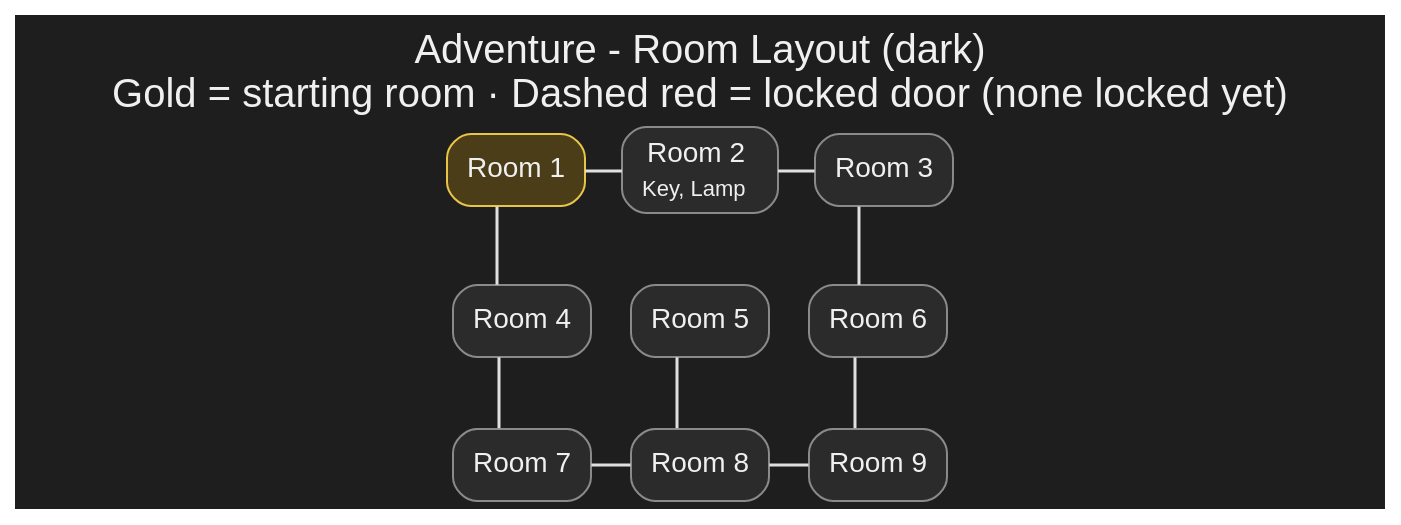
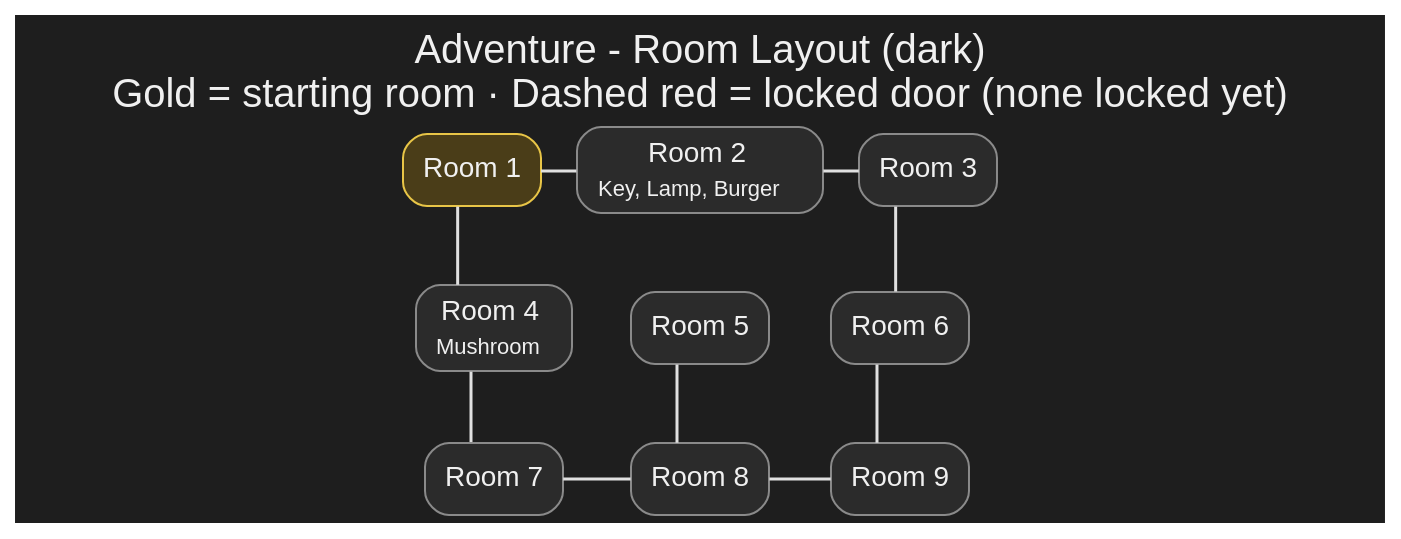
The diagram in docs/room-diagram-dark.dot (mwnDK1402/Adventure), drawn with Graphviz before and after one commit. The commit also changed 3 other files, not shown here.

Commit message:
Show burger and mushroom in room layout diagrams

```diff
--- a/docs/room-diagram-dark.dot
+++ b/docs/room-diagram-dark.dot
@@ -1,63 +1,63 @@
 graph Rooms {
     label = "Adventure - Room Layout (dark)\nGold = starting room · Dashed red = locked door (none locked yet)";
     labelloc = t;
     fontname = "Helvetica";
     fontsize = 20;
     fontcolor = "#F0F0F0";
     bgcolor = "#1E1E1E";
     rankdir = TB;
     splines = ortho;
     node [shape = box, style = "rounded,filled", fontname = "Helvetica", fontsize = 14, fillcolor = "#2B2B2B", color = "#8A8A8A", fontcolor = "#F0F0F0"];
     edge [color = "#E0E0E0", penwidth = 1.5];
 
     { rank = same; r1; r2; r3; }
     { rank = same; r4; r5; r6; }
     { rank = same; r7; r8; r9; }
 
     r1 [label = "Room 1", fillcolor = "#4A3D18", color = "#E8C547"];
-    r2 [label = <<TABLE BORDER="0" CELLBORDER="0" CELLSPACING="0"><TR><TD>Room 2</TD></TR><TR><TD><FONT POINT-SIZE="11">Key, Lamp</FONT></TD></TR></TABLE>>];
+    r2 [label = <<TABLE BORDER="0" CELLBORDER="0" CELLSPACING="0"><TR><TD>Room 2</TD></TR><TR><TD><FONT POINT-SIZE="11">Key, Lamp, Burger</FONT></TD></TR></TABLE>>];
     r3 [label = "Room 3"];
-    r4 [label = "Room 4"];
+    r4 [label = <<TABLE BORDER="0" CELLBORDER="0" CELLSPACING="0"><TR><TD>Room 4</TD></TR><TR><TD><FONT POINT-SIZE="11">Mushroom</FONT></TD></TR></TABLE>>];
     r5 [label = "Room 5"];
     r6 [label = "Room 6"];
     r7 [label = "Room 7"];
     r8 [label = "Room 8"];
     r9 [label = "Room 9"];
 
     // Room connections, mirroring Map.buildMap():
     //   room2.setWestEast(room1, room2)   -> r1 -- r2
     //   room1.setNorthSouth(room1, room4) -> r1 -- r4
     //   room3.setWestEast(room2, room3)   -> r2 -- r3
     //   room3.setNorthSouth(room3, room6) -> r3 -- r6
     //   room4.setNorthSouth(room4, room7) -> r4 -- r7
     //   room7.setWestEast(room7, room8)   -> r7 -- r8
     //   room5.setNorthSouth(room5, room8) -> r5 -- r8
     //   room8.setWestEast(room8, room9)   -> r8 -- r9
     //   room6.setNorthSouth(room6, room9) -> r6 -- r9
     r1 -- r2;
     r2 -- r3;
     r3 -- r6;
     r1 -- r4;
     r4 -- r7;
     r7 -- r8;
     r8 -- r9;
     r5 -- r8;
     r6 -- r9;
 
     // Locked doors: none active. Map.buildMap() keeps `room2.setLock(true)`
     // commented out. Note that Room.lock is per-room, not per-direction, so
     // enabling it blocks BOTH approaches to Room 2, not just the one from Room 1:
     //   r1 -- r2 [color = "#FF6B6B", style = "dashed", penwidth = 2.5];
     //   r2 -- r3 [color = "#FF6B6B", style = "dashed", penwidth = 2.5];
 
     // Invisible edges, used only to hold the grid layout
     edge [style = invis, color = "white"];
     r1 -- r4;
     r4 -- r7;
     r2 -- r5;
     r5 -- r8;
     r3 -- r6;
     r6 -- r9;
     r4 -- r5;
     r5 -- r6;
 }
```
